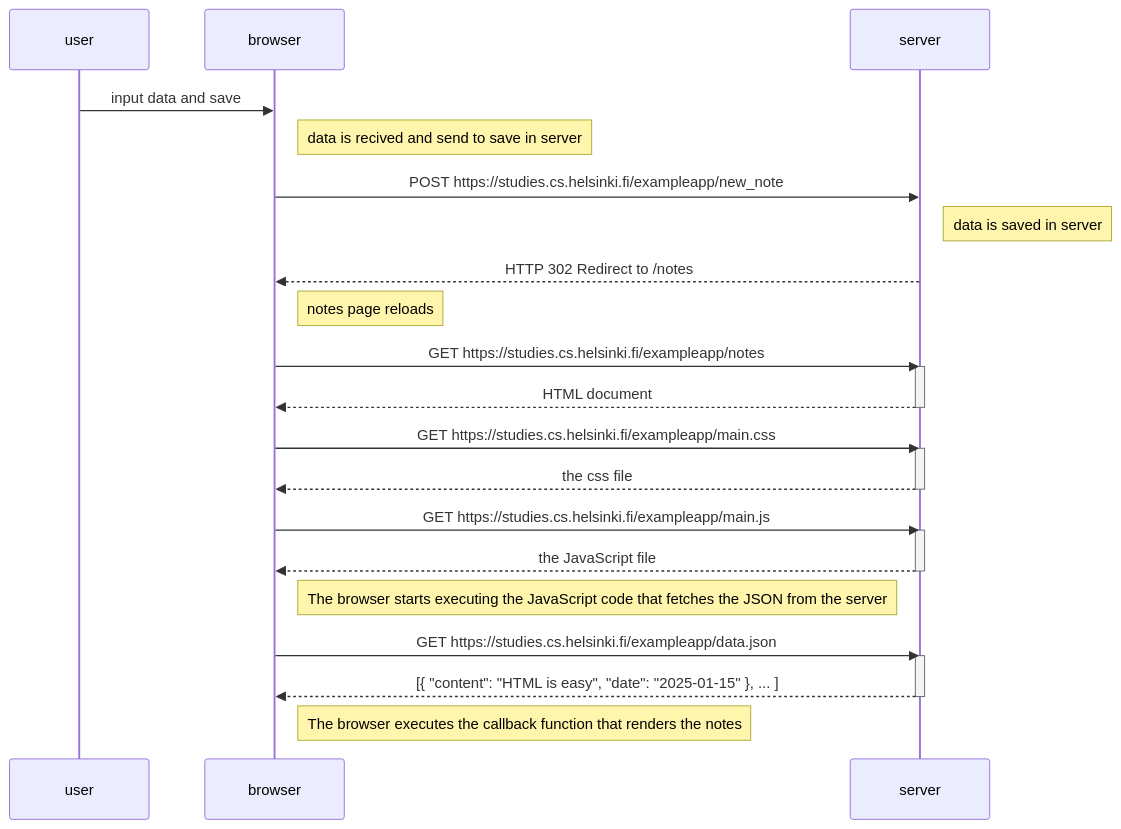
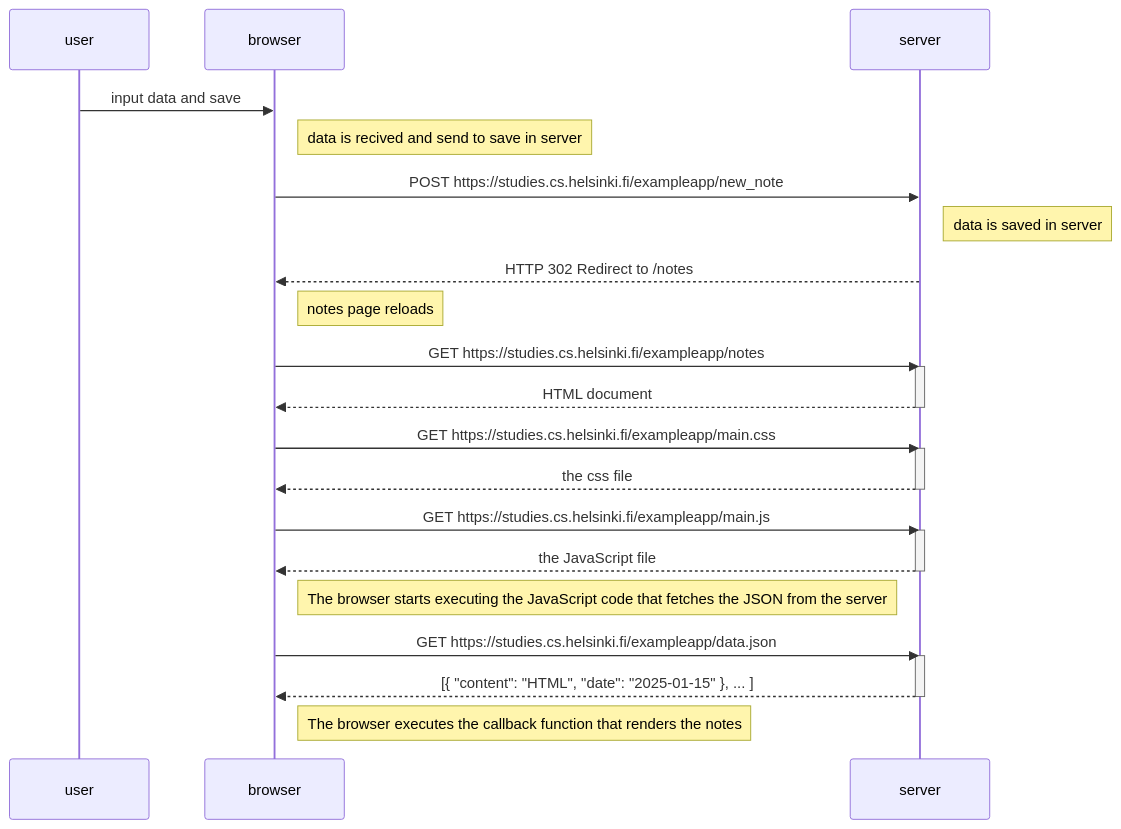
Before and after one commit to Adithya-009/Full_Stack: the diagram in part0/04.md, drawn with Mermaid.

````diff
--- a/part0/04.md
+++ b/part0/04.md
@@ -1,40 +1,40 @@
 ```mermaid
 
     sequenceDiagram
         participant user
         participant browser
         participant server
 
         user->>browser: input data and save
         Note right of browser: data is recived and send to save in server
 
         browser->>server: POST https://studies.cs.helsinki.fi/exampleapp/new_note
         Note right of server: data is saved in server
         server-->>browser: HTTP 302 Redirect to /notes
         Note right of browser: notes page reloads
 
         browser->>server: GET https://studies.cs.helsinki.fi/exampleapp/notes
         activate server
         server-->>browser: HTML document
         deactivate server
 
         browser->>server: GET https://studies.cs.helsinki.fi/exampleapp/main.css
         activate server
         server-->>browser: the css file
         deactivate server
 
         browser->>server: GET https://studies.cs.helsinki.fi/exampleapp/main.js
         activate server
         server-->>browser: the JavaScript file
         deactivate server
 
         Note right of browser: The browser starts executing the JavaScript code that fetches the JSON from the server
 
         browser->>server: GET https://studies.cs.helsinki.fi/exampleapp/data.json
         activate server
-        server-->>browser: [{ "content": "HTML is easy", "date": "2025-01-15" }, ... ]
+        server-->>browser: [{ "content": "HTML", "date": "2025-01-15" }, ... ]
         deactivate server
 
         Note right of browser: The browser executes the callback function that renders the notes
 
 ```
````
